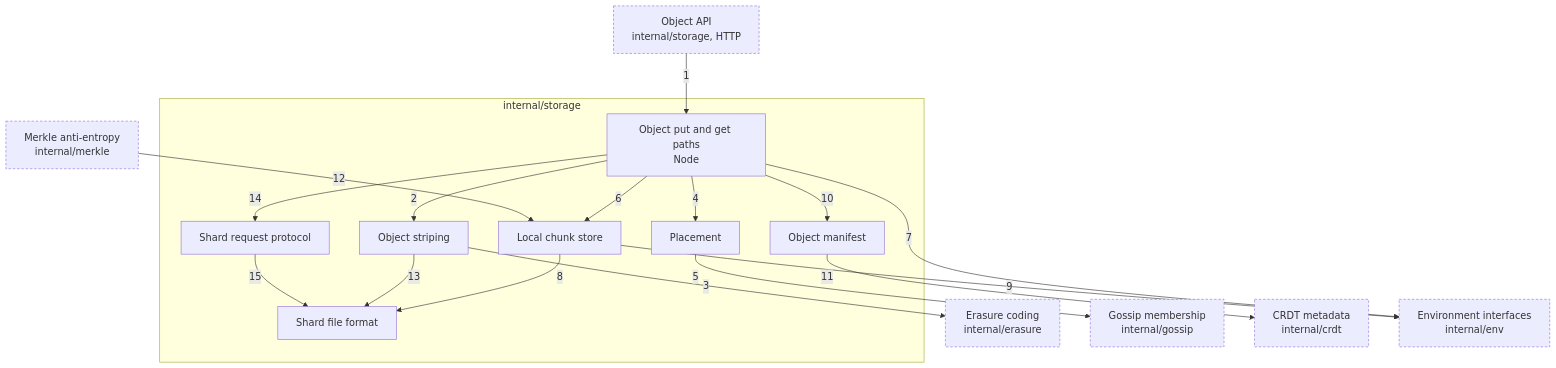
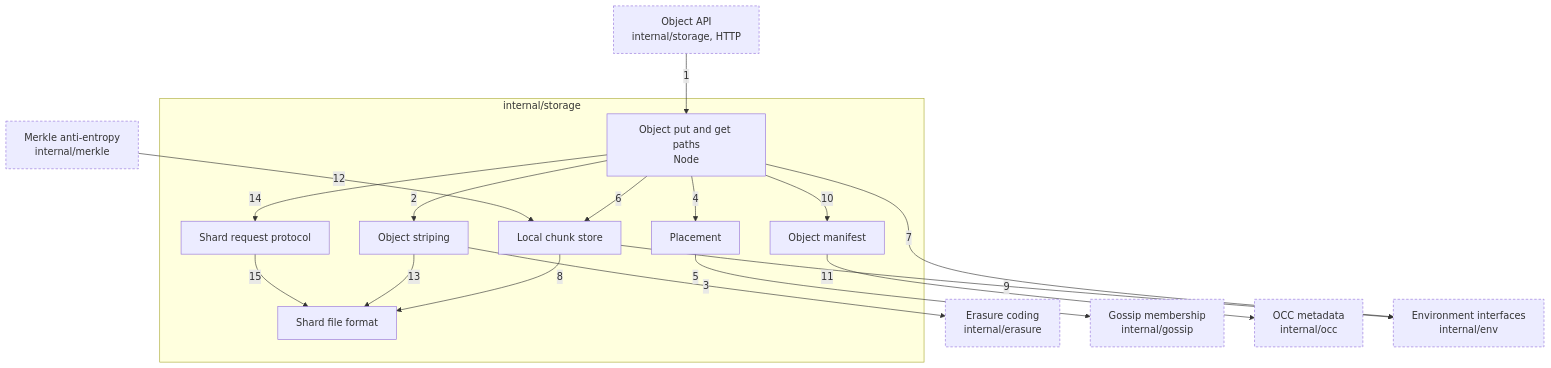
One commit to nickstrad/decentralized-object-store changed the diagram in docs/c4/09-component-storage.md. Above: the diagram before and after it, drawn with Mermaid. The commit also changed other lines of this file and 26 other files, not shown here.

````diff
--- a/docs/c4/09-component-storage.md
+++ b/docs/c4/09-component-storage.md
@@ -8,35 +8,35 @@
 ```mermaid
 flowchart TB
   API["Object API<br/>internal/storage, HTTP"]
   MERKLE["Merkle anti-entropy<br/>internal/merkle"]
   subgraph STORAGE["internal/storage"]
     PATHS["Object put and get paths<br/>Node"]
     PROTO["Shard request protocol"]
     STRIPE["Object striping"]
     PLACE["Placement"]
     MANIFEST["Object manifest"]
     CHUNK["Local chunk store"]
     FORMAT["Shard file format"]
   end
   ERASURE["Erasure coding<br/>internal/erasure"]
   GOSSIP["Gossip membership<br/>internal/gossip"]
-  CRDT["CRDT metadata<br/>internal/crdt"]
+  OCC["OCC metadata<br/>internal/occ"]
   ENV["Environment interfaces<br/>internal/env"]
   API -->|1| PATHS
   PATHS -->|2| STRIPE
   STRIPE -->|3| ERASURE
   PATHS -->|4| PLACE
   PLACE -->|5| GOSSIP
   PATHS -->|6| CHUNK
   PATHS -->|7| ENV
   CHUNK -->|8| FORMAT
   CHUNK -->|9| ENV
   PATHS -->|10| MANIFEST
-  MANIFEST -->|11| CRDT
+  MANIFEST -->|11| OCC
   MERKLE -->|12| CHUNK
   STRIPE -->|13| FORMAT
   PATHS -->|14| PROTO
   PROTO -->|15| FORMAT
   classDef ext stroke-dasharray:4 3
-  class API,MERKLE,ERASURE,GOSSIP,CRDT,ENV ext
+  class API,MERKLE,ERASURE,GOSSIP,OCC,ENV ext
 ```
````
